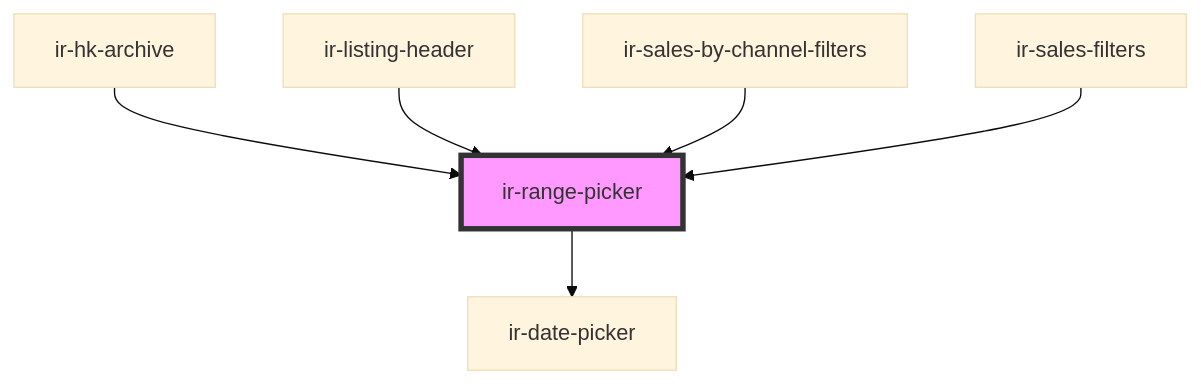
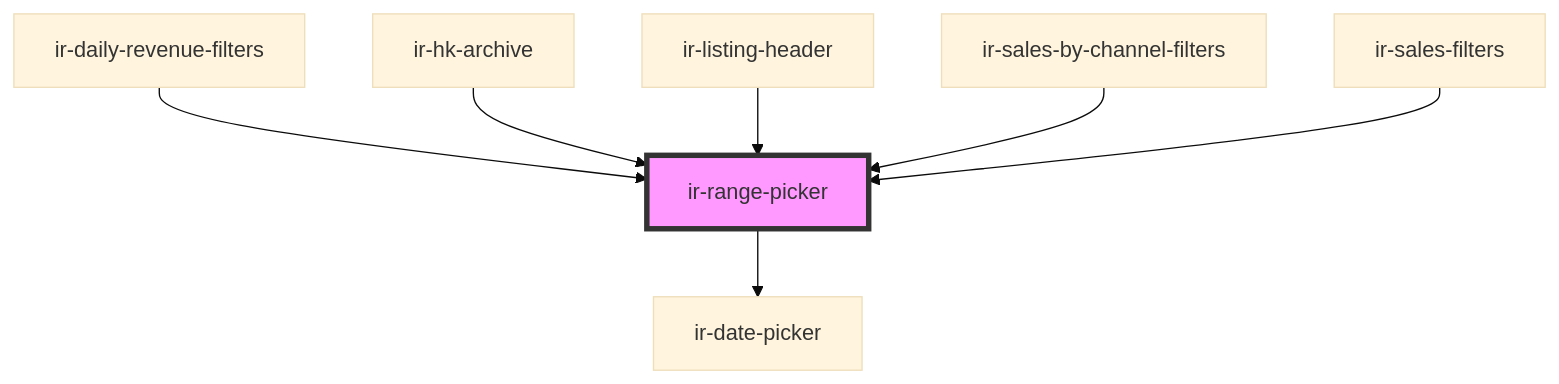
Before and after one commit to RonyRizk/ir-webcmp: the diagram in src/components/ir-housekeeping/ir-hk-tasks/ir-hk-archive/ir-range-picker/readme.md, drawn with Mermaid (base theme). The commit also changed other lines of this file and 7 other files, not shown here.

````diff
--- a/src/components/ir-housekeeping/ir-hk-tasks/ir-hk-archive/ir-range-picker/readme.md
+++ b/src/components/ir-housekeeping/ir-hk-tasks/ir-hk-archive/ir-range-picker/readme.md
@@ -41,9 +42,10 @@
 ```mermaid
 graph TD;
   ir-range-picker --> ir-date-picker
+  ir-daily-revenue-filters --> ir-range-picker
   ir-hk-archive --> ir-range-picker
   ir-listing-header --> ir-range-picker
   ir-sales-by-channel-filters --> ir-range-picker
   ir-sales-filters --> ir-range-picker
   style ir-range-picker fill:#f9f,stroke:#333,stroke-width:4px
 ```
````
